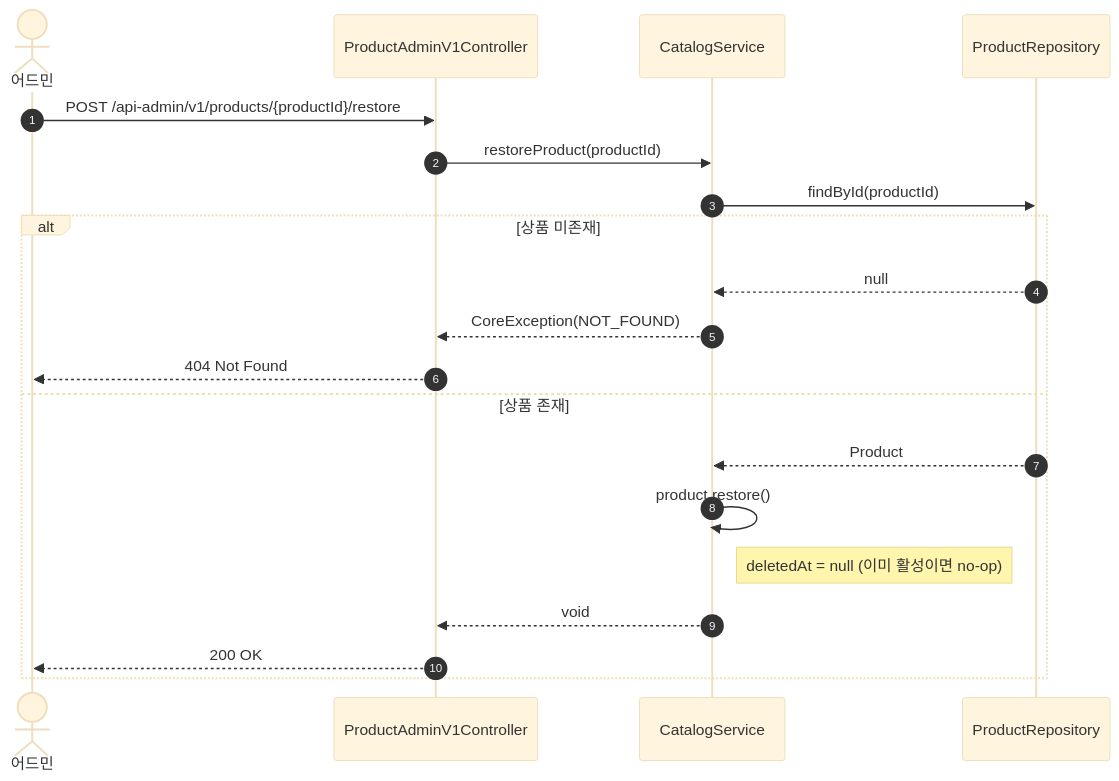
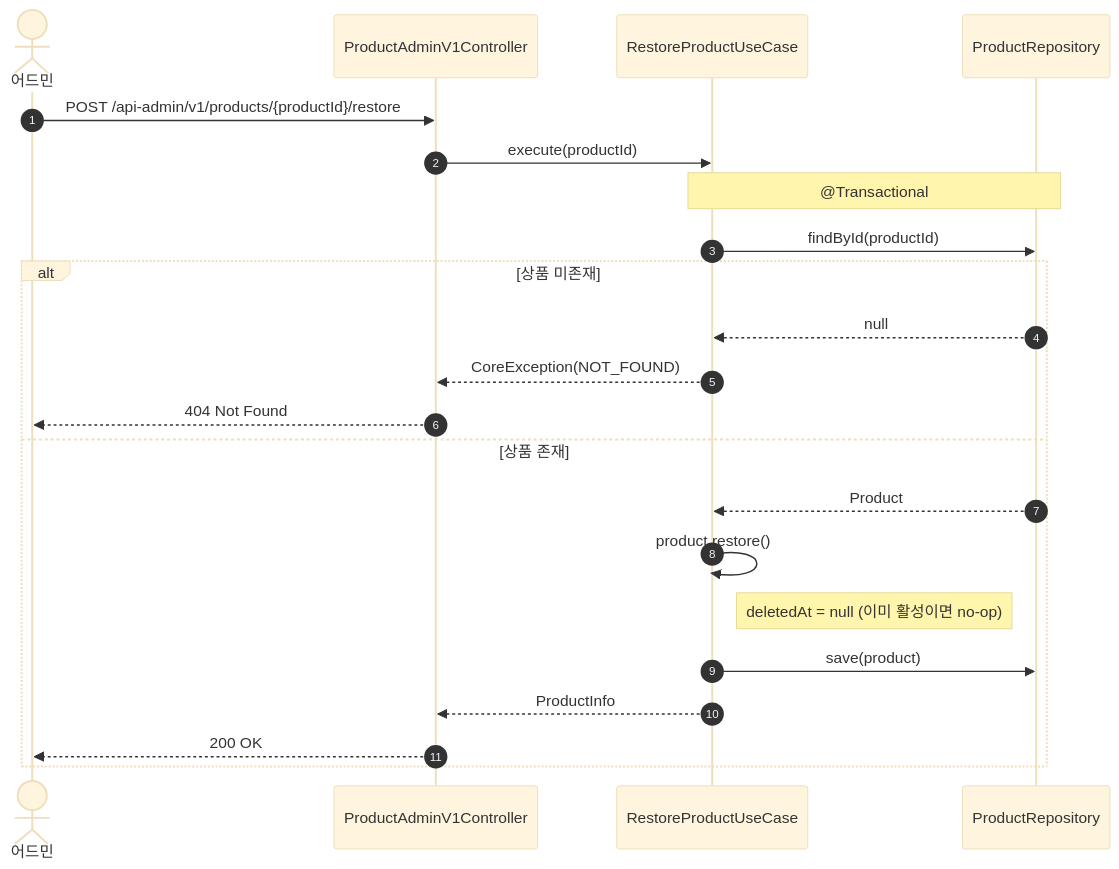
Before and after one commit to Loopers-dev-lab/loop-pack-be-l2-vol3-kotlin: diagram 15 of 26 in docs/design/02-sequence-diagrams.md, drawn with Mermaid (base theme). The commit also changed other lines of this file and 6 other files, not shown here.

First line of the commit message:
docs: 설계 문서 최신화 — Facade/Service → UseCase 패턴 반영

````diff
--- a/docs/design/02-sequence-diagrams.md
+++ b/docs/design/02-sequence-diagrams.md
@@ -391,23 +404,25 @@
 ```mermaid
 sequenceDiagram
     autonumber
     actor Admin as 어드민
     participant C as ProductAdminV1Controller
-    participant S as CatalogService
+    participant UC as RestoreProductUseCase
     participant R as ProductRepository
 
     Admin ->> C: POST /api-admin/v1/products/{productId}/restore
-    C ->> S: restoreProduct(productId)
-    S ->> R: findById(productId)
+    C ->> UC: execute(productId)
+    Note over UC, R: @Transactional
+    UC ->> R: findById(productId)
     alt 상품 미존재
-        R -->> S: null
-        S -->> C: CoreException(NOT_FOUND)
+        R -->> UC: null
+        UC -->> C: CoreException(NOT_FOUND)
         C -->> Admin: 404 Not Found
     else 상품 존재
-        R -->> S: Product
-        S ->> S: product.restore()
-        Note right of S: deletedAt = null (이미 활성이면 no-op)
-        S -->> C: void
+        R -->> UC: Product
+        UC ->> UC: product.restore()
+        Note right of UC: deletedAt = null (이미 활성이면 no-op)
+        UC ->> R: save(product)
+        UC -->> C: ProductInfo
         C -->> Admin: 200 OK
     end
 ```
````
